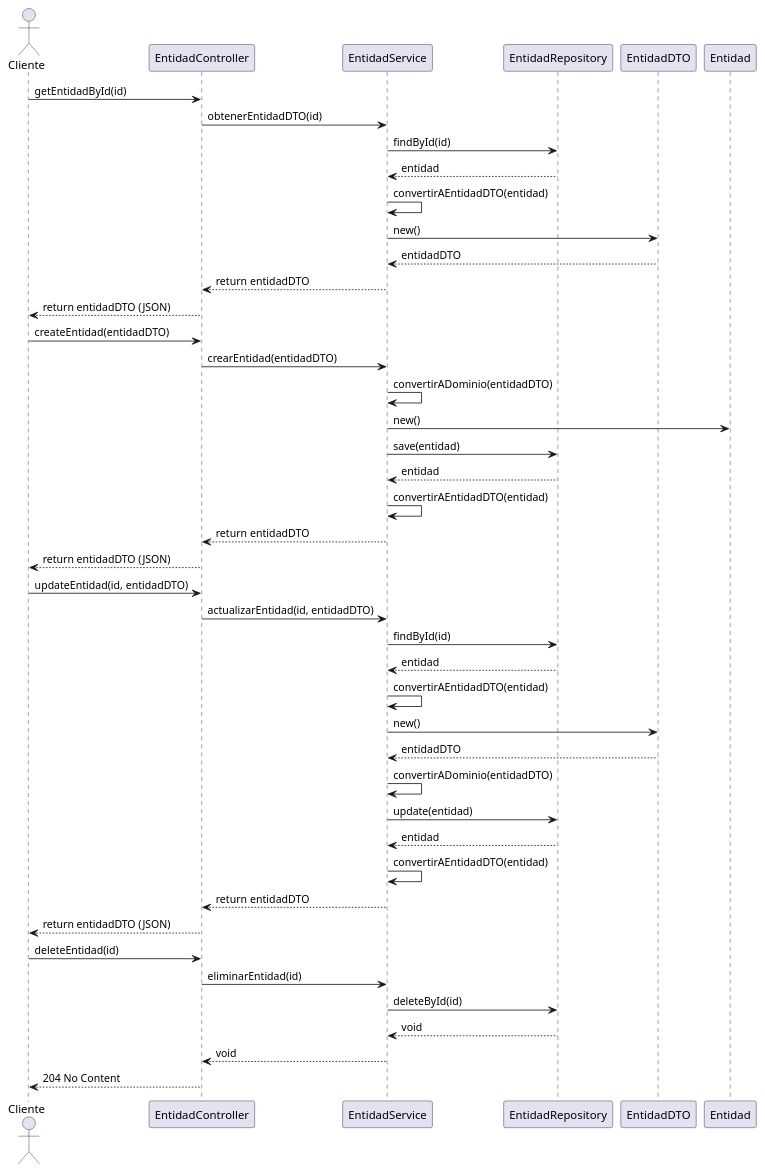
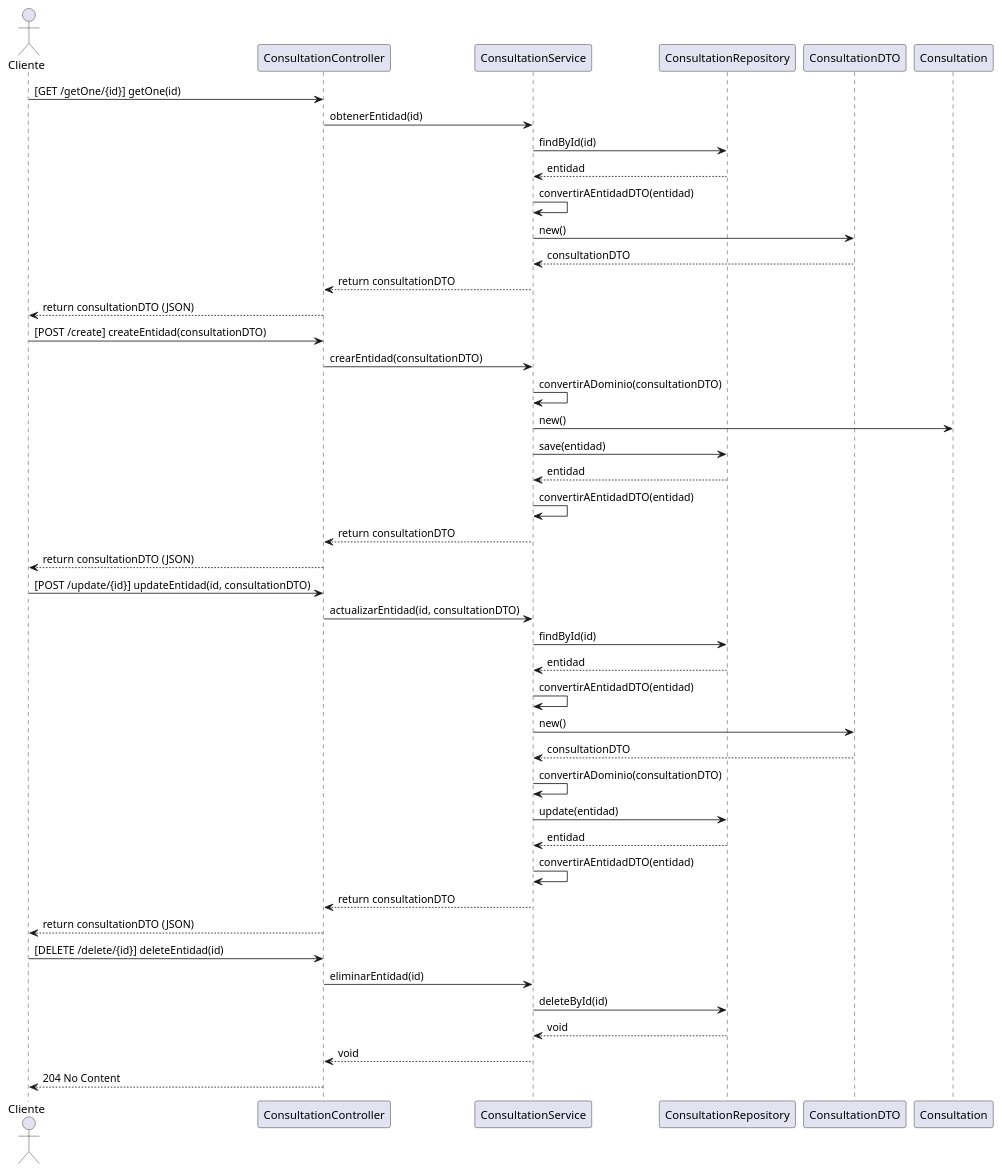
One commit to abelguevara-upeu/apis-rosalesdental changed the diagram in src/main/resources/templates/architecture/HU_25/secuence-diagram.pu. Above: the diagram before and after it, drawn with PlantUML. The commit also changed 4 other files, not shown here.

```diff
--- a/src/main/resources/templates/architecture/HU_25/secuence-diagram.pu
+++ b/src/main/resources/templates/architecture/HU_25/secuence-diagram.pu
@@ -1,50 +1,50 @@
 @startuml test
 
 actor Cliente
 
-' --- GET /entidades/{id} ---
-Cliente -> EntidadController : getEntidadById(id)
-EntidadController -> EntidadService : obtenerEntidadDTO(id)
-EntidadService -> EntidadRepository : findById(id)
-EntidadRepository --> EntidadService : entidad
-EntidadService -> EntidadService : convertirAEntidadDTO(entidad)
-EntidadService -> EntidadDTO : new()
-EntidadDTO --> EntidadService : entidadDTO
-EntidadService --> EntidadController : return entidadDTO
-EntidadController --> Cliente : return entidadDTO (JSON)
+'--- GET /api/consultation/ ---
+Cliente -> ConsultationController :[GET /getOne/{id}] getOne(id)
+ConsultationController -> ConsultationService : obtenerEntidad(id)
+ConsultationService -> ConsultationRepository : findById(id)
+ConsultationRepository --> ConsultationService : entidad
+ConsultationService -> ConsultationService : convertirAEntidadDTO(entidad)
+ConsultationService -> ConsultationDTO : new()
+ConsultationDTO --> ConsultationService : consultationDTO
+ConsultationService --> ConsultationController : return consultationDTO
+ConsultationController --> Cliente : return consultationDTO (JSON)
 
-' --- POST /entidades ---
-Cliente -> EntidadController : createEntidad(entidadDTO)
-EntidadController -> EntidadService : crearEntidad(entidadDTO)
-EntidadService -> EntidadService : convertirADominio(entidadDTO)
-EntidadService -> Entidad : new()
-EntidadService -> EntidadRepository : save(entidad)
-EntidadRepository --> EntidadService : entidad
-EntidadService -> EntidadService : convertirAEntidadDTO(entidad)
-EntidadService --> EntidadController : return entidadDTO
-EntidadController --> Cliente : return entidadDTO (JSON)
+' --- POST /api/consultation/ ---
+Cliente -> ConsultationController : [POST /create] createEntidad(consultationDTO)
+ConsultationController -> ConsultationService : crearEntidad(consultationDTO)
+ConsultationService -> ConsultationService : convertirADominio(consultationDTO)
+ConsultationService -> Consultation : new()
+ConsultationService -> ConsultationRepository : save(entidad)
+ConsultationRepository --> ConsultationService : entidad
+ConsultationService -> ConsultationService : convertirAEntidadDTO(entidad)
+ConsultationService --> ConsultationController : return consultationDTO
+ConsultationController --> Cliente : return consultationDTO (JSON)
 
-' --- PUT /entidades/{id} ---
-Cliente -> EntidadController : updateEntidad(id, entidadDTO)
-EntidadController -> EntidadService : actualizarEntidad(id, entidadDTO)
-EntidadService -> EntidadRepository : findById(id)
-EntidadRepository --> EntidadService : entidad
-EntidadService -> EntidadService : convertirAEntidadDTO(entidad)
-EntidadService -> EntidadDTO : new()
-EntidadDTO --> EntidadService : entidadDTO
-EntidadService -> EntidadService : convertirADominio(entidadDTO)
-EntidadService -> EntidadRepository : update(entidad)
-EntidadRepository --> EntidadService : entidad
-EntidadService -> EntidadService : convertirAEntidadDTO(entidad)
-EntidadService --> EntidadController : return entidadDTO
-EntidadController --> Cliente : return entidadDTO (JSON)
+' --- PUT /api/consultation/ ---
+Cliente -> ConsultationController : [POST /update/{id}] updateEntidad(id, consultationDTO)
+ConsultationController -> ConsultationService : actualizarEntidad(id, consultationDTO)
+ConsultationService -> ConsultationRepository : findById(id)
+ConsultationRepository --> ConsultationService : entidad
+ConsultationService -> ConsultationService : convertirAEntidadDTO(entidad)
+ConsultationService -> ConsultationDTO : new()
+ConsultationDTO --> ConsultationService : consultationDTO
+ConsultationService -> ConsultationService : convertirADominio(consultationDTO)
+ConsultationService -> ConsultationRepository : update(entidad)
+ConsultationRepository --> ConsultationService : entidad
+ConsultationService -> ConsultationService : convertirAEntidadDTO(entidad)
+ConsultationService --> ConsultationController : return consultationDTO
+ConsultationController --> Cliente : return consultationDTO (JSON)
 
-' --- DELETE /entidades/{id} ---
-Cliente -> EntidadController : deleteEntidad(id)
-EntidadController -> EntidadService : eliminarEntidad(id)
-EntidadService -> EntidadRepository : deleteById(id)
-EntidadRepository --> EntidadService : void
-EntidadService --> EntidadController : void
-EntidadController --> Cliente : 204 No Content
+' --- DELETE /api/consultation/ ---
+Cliente -> ConsultationController : [DELETE /delete/{id}] deleteEntidad(id)
+ConsultationController -> ConsultationService : eliminarEntidad(id)
+ConsultationService -> ConsultationRepository : deleteById(id)
+ConsultationRepository --> ConsultationService : void
+ConsultationService --> ConsultationController : void
+ConsultationController --> Cliente : 204 No Content
 
 @enduml
```
